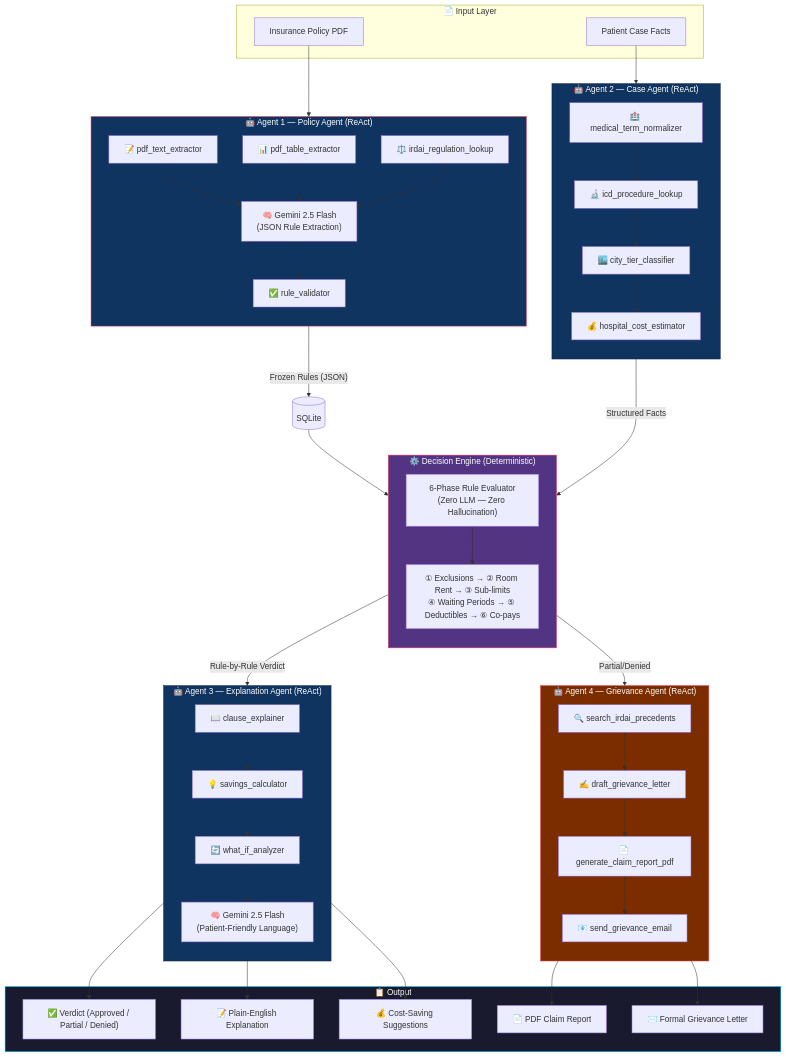
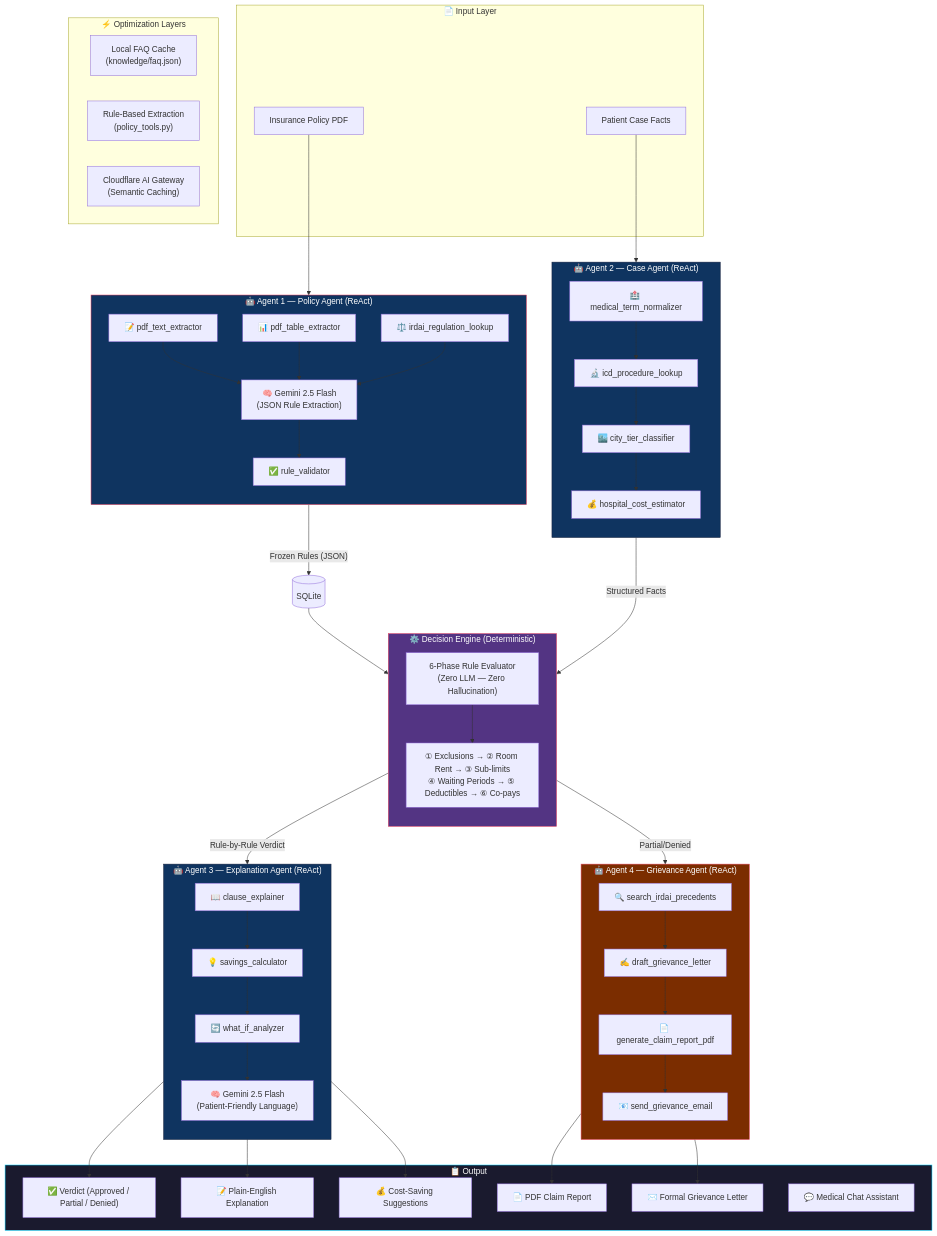
The first of 2 diagrams in README.md (sharma-sugurthi/SecureShield), drawn with Mermaid before and after one commit. The commit also changed other lines of this file and 13 other files, not shown here.

Commit message:
feat: Optimized Multi-Tier Agent Architecture with Cerebras, Vision API, and Cloudflare AI Gateway

```diff
--- a/README.md
+++ b/README.md
@@ -115,6 +119,13 @@
         SAVINGS["💰 Cost-Saving Suggestions"]
         PDF_R["📄 PDF Claim Report"]
         LETTER["✉️ Formal Grievance Letter"]
+        CHAT["💬 Medical Chat Assistant"]
+    end
+
+    subgraph OPTIMIZATION["⚡ Optimization Layers"]
+        FAQ["Local FAQ Cache\n(knowledge/faq.json)"]
+        RULE["Rule-Based Extraction\n(policy_tools.py)"]
+        CF["Cloudflare AI Gateway\n(Semantic Caching)"]
     end
 
     PDF --> POLICY_AGENT
```
